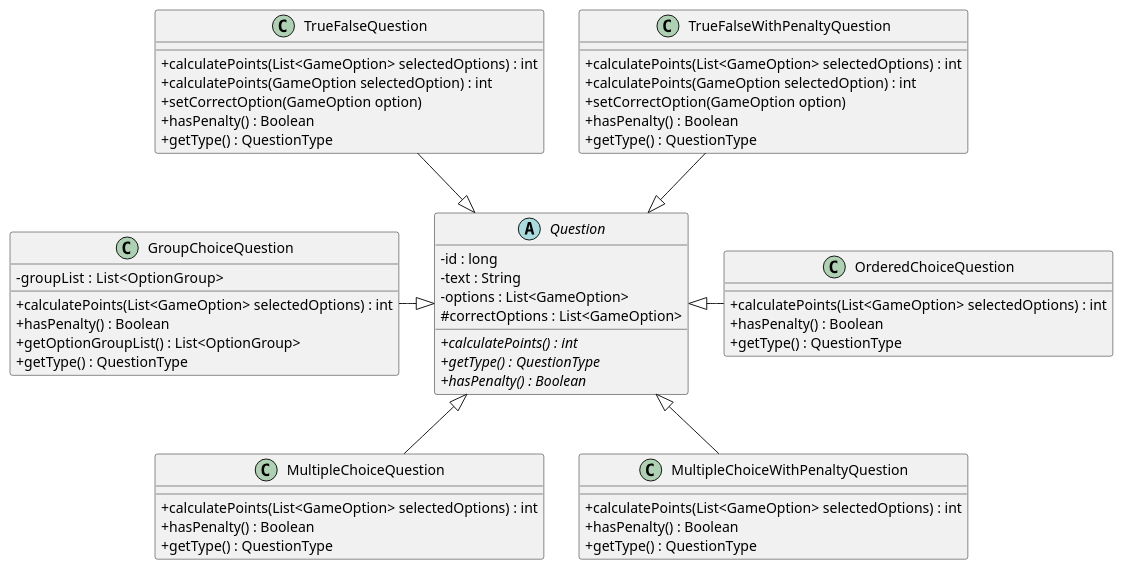
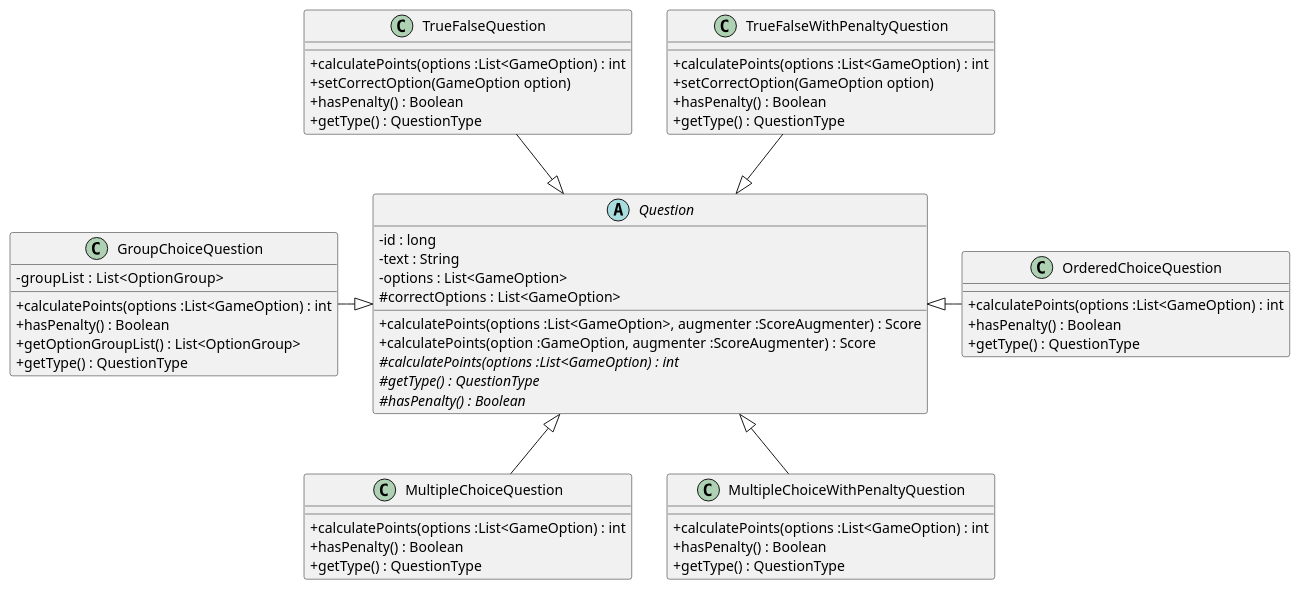
The diagram in docs/DiagramaClases-DetallePreguntas-TP2.plantuml (GEscandar/TP2-Kahoot), drawn with PlantUML before and after one commit. The commit also changed 5 other files, not shown here.

```diff
--- a/docs/DiagramaClases-DetallePreguntas-TP2.plantuml
+++ b/docs/DiagramaClases-DetallePreguntas-TP2.plantuml
@@ -1,68 +1,68 @@
 @startuml DiagramaUML-DetallePreguntas-TP2
 
 skinparam classAttributeIconSize 0
 
 abstract Question{
     - id : long
     - text : String
     - options : List<GameOption>
     # correctOptions : List<GameOption>
-    + {abstract}calculatePoints() : int
-    + {abstract}getType() : QuestionType
-    + {abstract}hasPenalty() : Boolean
+    + calculatePoints(options :List<GameOption>, augmenter :ScoreAugmenter) : Score
+    + calculatePoints(option :GameOption, augmenter :ScoreAugmenter) : Score
+    # {abstract}calculatePoints(options :List<GameOption) : int
+    # {abstract}getType() : QuestionType
+    # {abstract}hasPenalty() : Boolean
 }
 
 class TrueFalseQuestion{
-    + calculatePoints(List<GameOption> selectedOptions) : int
-    + calculatePoints(GameOption selectedOption) : int
+    + calculatePoints(options :List<GameOption) : int
     + setCorrectOption(GameOption option)
     + hasPenalty() : Boolean
     + getType() : QuestionType
 }
 
 class TrueFalseWithPenaltyQuestion{
-    + calculatePoints(List<GameOption> selectedOptions) : int
-    + calculatePoints(GameOption selectedOption) : int
+    + calculatePoints(options :List<GameOption) : int
     + setCorrectOption(GameOption option)
     + hasPenalty() : Boolean
     + getType() : QuestionType
 }
 
 class OrderedChoiceQuestion{
-    + calculatePoints(List<GameOption> selectedOptions) : int
+    + calculatePoints(options :List<GameOption) : int
     + hasPenalty() : Boolean
     + getType() : QuestionType
 }
 
 class MultipleChoiceQuestion{
-    + calculatePoints(List<GameOption> selectedOptions) : int
+    + calculatePoints(options :List<GameOption) : int
     + hasPenalty() : Boolean
     + getType() : QuestionType
 }
 
 class MultipleChoiceWithPenaltyQuestion{
-    + calculatePoints(List<GameOption> selectedOptions) : int
+    + calculatePoints(options :List<GameOption) : int
     + hasPenalty() : Boolean
     + getType() : QuestionType
 }
 
 class GroupChoiceQuestion{
+    + calculatePoints(options :List<GameOption) : int
     - groupList :  List<OptionGroup>
-    + calculatePoints(List<GameOption> selectedOptions) : int
     + hasPenalty() : Boolean
     + getOptionGroupList() : List<OptionGroup> 
     + getType() : QuestionType
 }
 
 
 TrueFalseQuestion --|> Question
 TrueFalseWithPenaltyQuestion --|> Question
 
 OrderedChoiceQuestion --left|> Question
 
 MultipleChoiceQuestion --up|> Question
 MultipleChoiceWithPenaltyQuestion --up|> Question
 
 GroupChoiceQuestion --right|> Question
 
 @enduml
```
